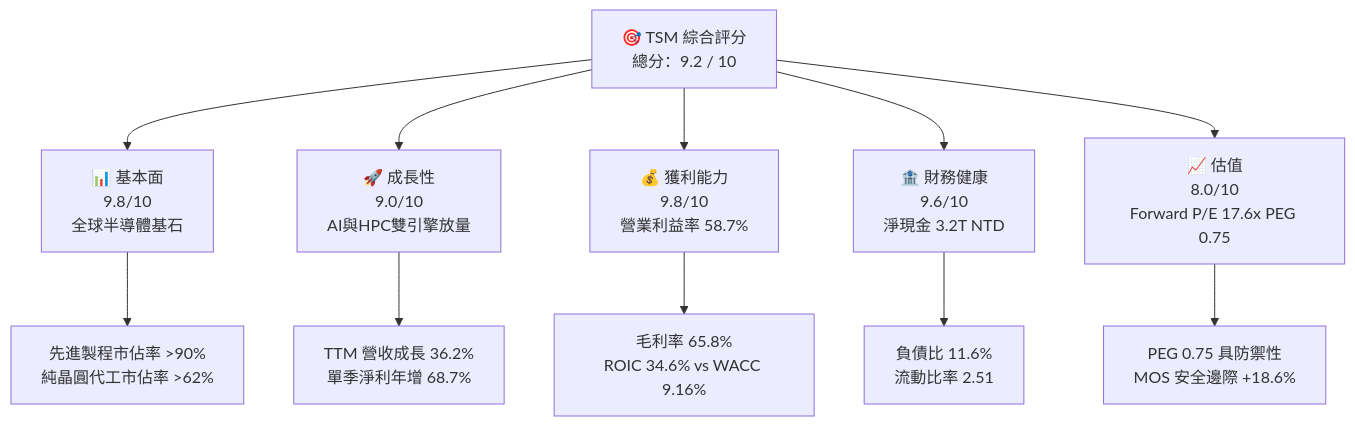
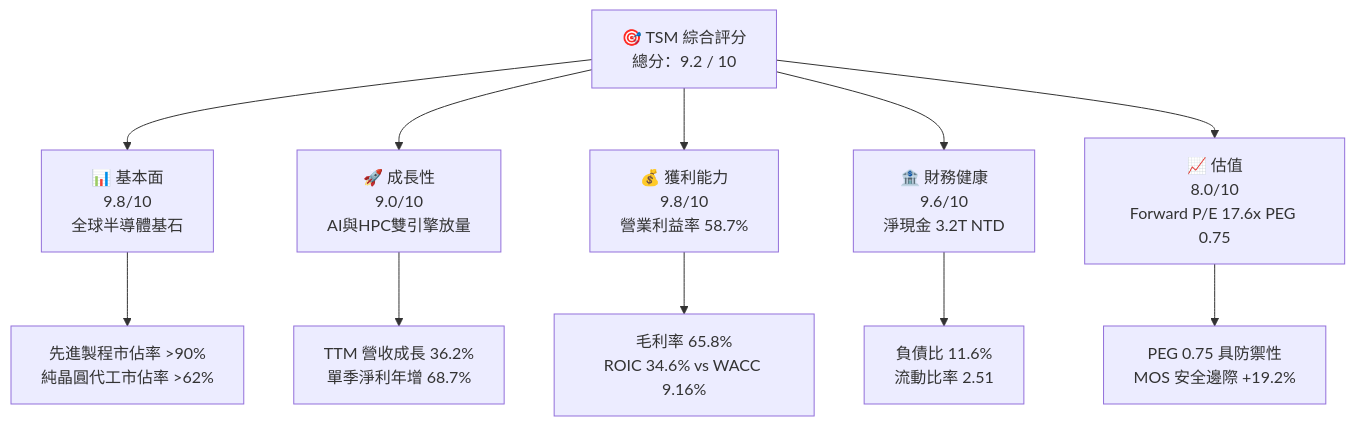
The first of 15 diagrams in ai_gen_report/fundamental/tsm/fundamental_analysis_2026-10-18_gemini.md (yennanliu/finance_data), drawn with Mermaid before and after one commit. The commit also changed other lines of this file and 339 other files, not shown here.

````diff
--- a/ai_gen_report/fundamental/tsm/fundamental_analysis_2026-10-18_gemini.md
+++ b/ai_gen_report/fundamental/tsm/fundamental_analysis_2026-10-18_gemini.md
@@ -70,22 +77,22 @@
 ```mermaid
 graph TD
     TICKER["🎯 TSM 綜合評分<br/>總分：9.2 / 10"]
 
     F["📊 基本面<br/>9.8/10<br/>全球半導體基石"]
     G["🚀 成長性<br/>9.0/10<br/>AI與HPC雙引擎放量"]
     P["💰 獲利能力<br/>9.8/10<br/>營業利益率 58.7%"]
     B["🏦 財務健康<br/>9.6/10<br/>淨現金 3.2T NTD"]
     V["📈 估值<br/>8.0/10<br/>Forward P/E 17.6x PEG 0.75"]
 
     TICKER --> F
     TICKER --> G
     TICKER --> P
     TICKER --> B
     TICKER --> V
 
     F --> F1["先進製程市佔率 >90%<br/>純晶圓代工市佔率 >62%"]
     G --> G1["TTM 營收成長 36.2%<br/>單季淨利年增 68.7%"]
     P --> P1["毛利率 65.8%<br/>ROIC 34.6% vs WACC 9.16%"]
     B --> B1["負債比 11.6%<br/>流動比率 2.51"]
-    V --> V1["PEG 0.75 具防禦性<br/>MOS 安全邊際 +18.6%"]
+    V --> V1["PEG 0.75 具防禦性<br/>MOS 安全邊際 +19.2%"]
 ```
````
